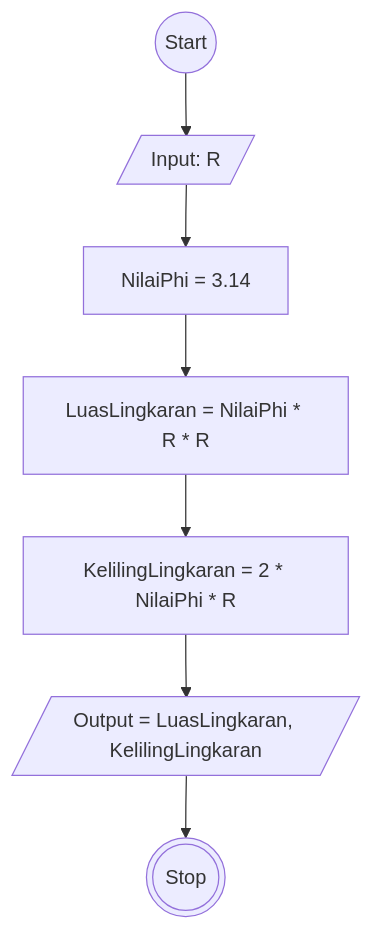
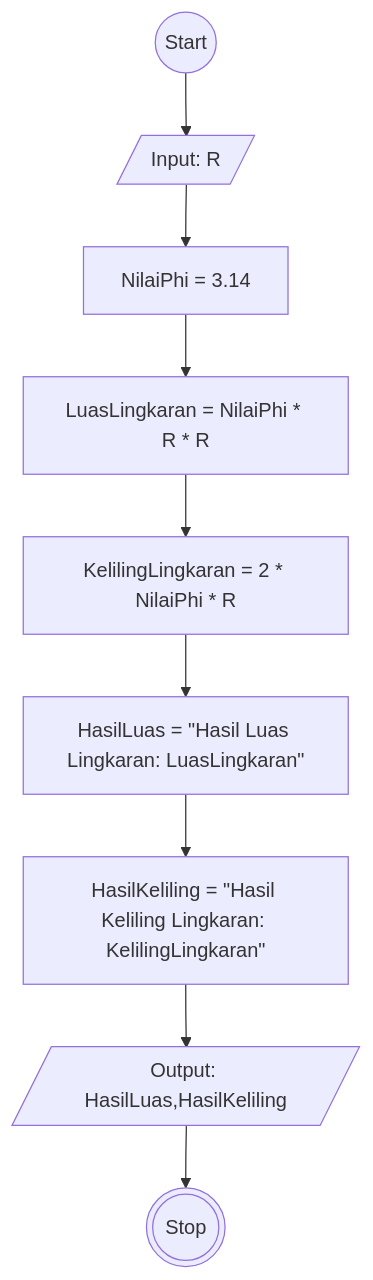
The diagram in README.md (Vincentius31/koda-b6-javascript1), drawn with Mermaid before and after one commit.

````diff
--- a/README.md
+++ b/README.md
@@ -5,13 +5,15 @@
 ```mermaid
 flowchart TD
 idStart((Start))
 idInput[/"Input: R"/]
 idNilaiPhi["NilaiPhi = 3.14"]
 idLuasLingkaran["LuasLingkaran = NilaiPhi * R * R"]
 idKelilingLingkaran["KelilingLingkaran = 2 * NilaiPhi * R"]
-idHasil[/"Output = LuasLingkaran, KelilingLingkaran"/]
-idStop(((Stop)))
+idProsesLuas[HasilLuas = #quot;Hasil Luas Lingkaran: LuasLingkaran#quot;]
+idProsesKeliling[HasilKeliling = #quot;Hasil Keliling Lingkaran: KelilingLingkaran#quot;]
+idOutput[/Output: HasilLuas,HasilKeliling/]
+idFinish(((Stop)))
 
-idStart --> idInput --> idNilaiPhi --> idLuasLingkaran --> idKelilingLingkaran --> idHasil --> idStop
+idStart --> idInput --> idNilaiPhi --> idLuasLingkaran --> idKelilingLingkaran --> idProsesLuas --> idProsesKeliling --> idOutput --> idFinish
 
 ```
````
